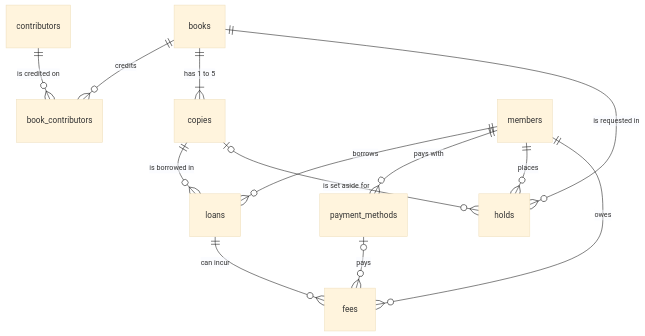
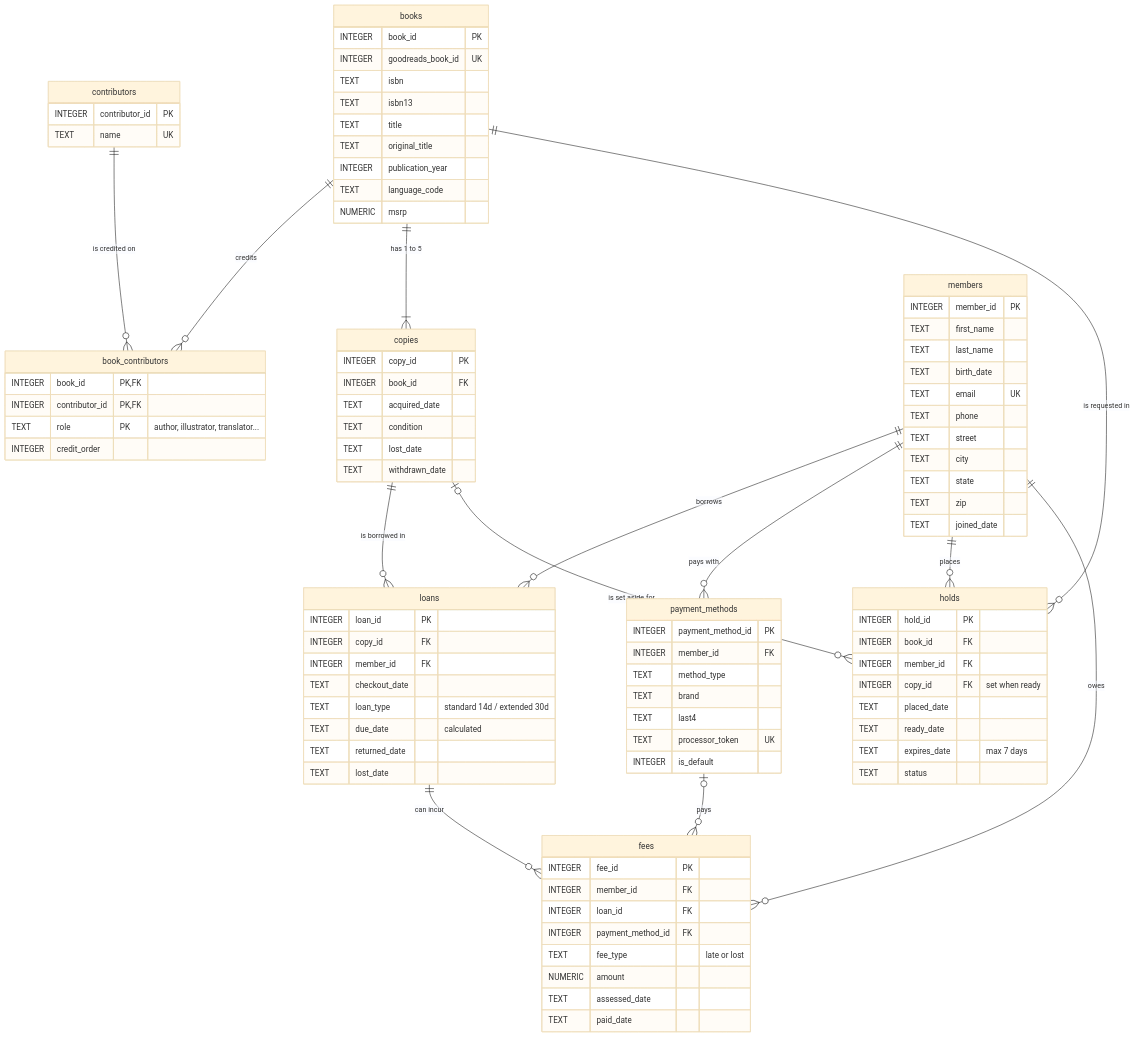
One commit to jerinsell/week2-assignment changed the diagram in summary.md. Above: the diagram before and after it, drawn with Mermaid (base theme). The commit also changed 2 other files, not shown here.

Commit message:
Remove extra files; include full Mermaid ERD in summary

````diff
--- a/summary.md
+++ b/summary.md
@@ -17,4 +17,86 @@
     loans ||--o{ fees : "can incur"
     members ||--o{ fees : "owes"
     payment_methods |o--o{ fees : "pays"
+
+    books {
+        INTEGER book_id PK
+        INTEGER goodreads_book_id UK
+        TEXT isbn
+        TEXT isbn13
+        TEXT title
+        TEXT original_title
+        INTEGER publication_year
+        TEXT language_code
+        NUMERIC msrp
+    }
+    contributors {
+        INTEGER contributor_id PK
+        TEXT name UK
+    }
+    book_contributors {
+        INTEGER book_id PK,FK
+        INTEGER contributor_id PK,FK
+        TEXT role PK "author, illustrator, translator..."
+        INTEGER credit_order
+    }
+    copies {
+        INTEGER copy_id PK
+        INTEGER book_id FK
+        TEXT acquired_date
+        TEXT condition
+        TEXT lost_date
+        TEXT withdrawn_date
+    }
+    members {
+        INTEGER member_id PK
+        TEXT first_name
+        TEXT last_name
+        TEXT birth_date
+        TEXT email UK
+        TEXT phone
+        TEXT street
+        TEXT city
+        TEXT state
+        TEXT zip
+        TEXT joined_date
+    }
+    payment_methods {
+        INTEGER payment_method_id PK
+        INTEGER member_id FK
+        TEXT method_type
+        TEXT brand
+        TEXT last4
+        TEXT processor_token UK
+        INTEGER is_default
+    }
+    loans {
+        INTEGER loan_id PK
+        INTEGER copy_id FK
+        INTEGER member_id FK
+        TEXT checkout_date
+        TEXT loan_type "standard 14d / extended 30d"
+        TEXT due_date "calculated"
+        TEXT returned_date
+        TEXT lost_date
+    }
+    holds {
+        INTEGER hold_id PK
+        INTEGER book_id FK
+        INTEGER member_id FK
+        INTEGER copy_id FK "set when ready"
+        TEXT placed_date
+        TEXT ready_date
+        TEXT expires_date "max 7 days"
+        TEXT status
+    }
+    fees {
+        INTEGER fee_id PK
+        INTEGER member_id FK
+        INTEGER loan_id FK
+        INTEGER payment_method_id FK
+        TEXT fee_type "late or lost"
+        NUMERIC amount
+        TEXT assessed_date
+        TEXT paid_date
+    }
 ```
````
